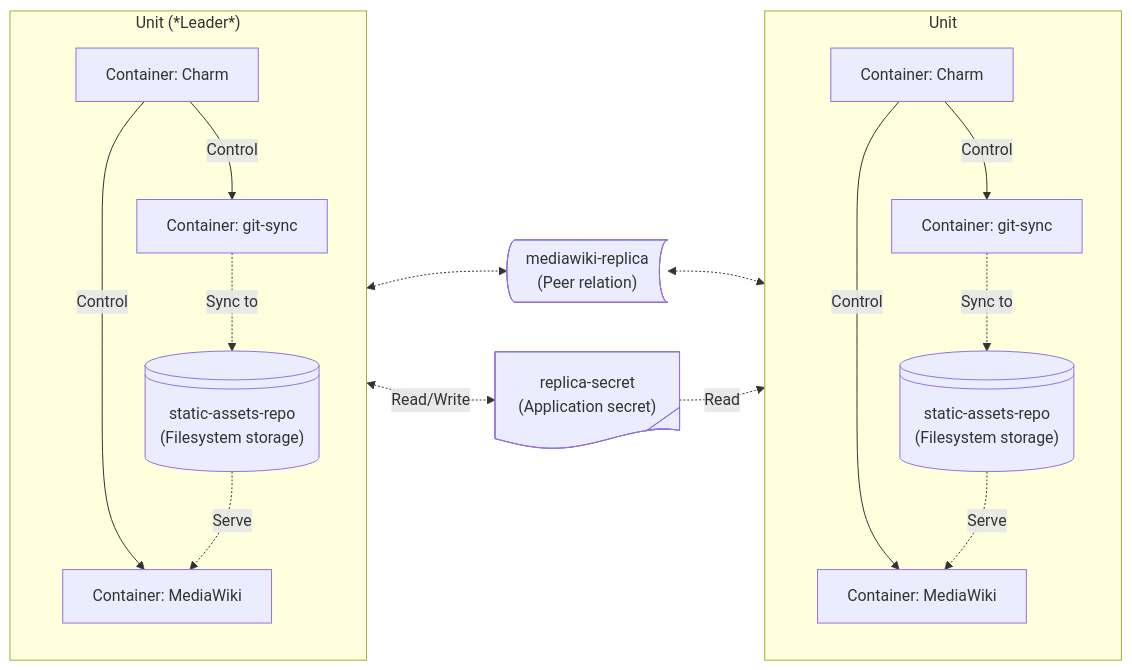
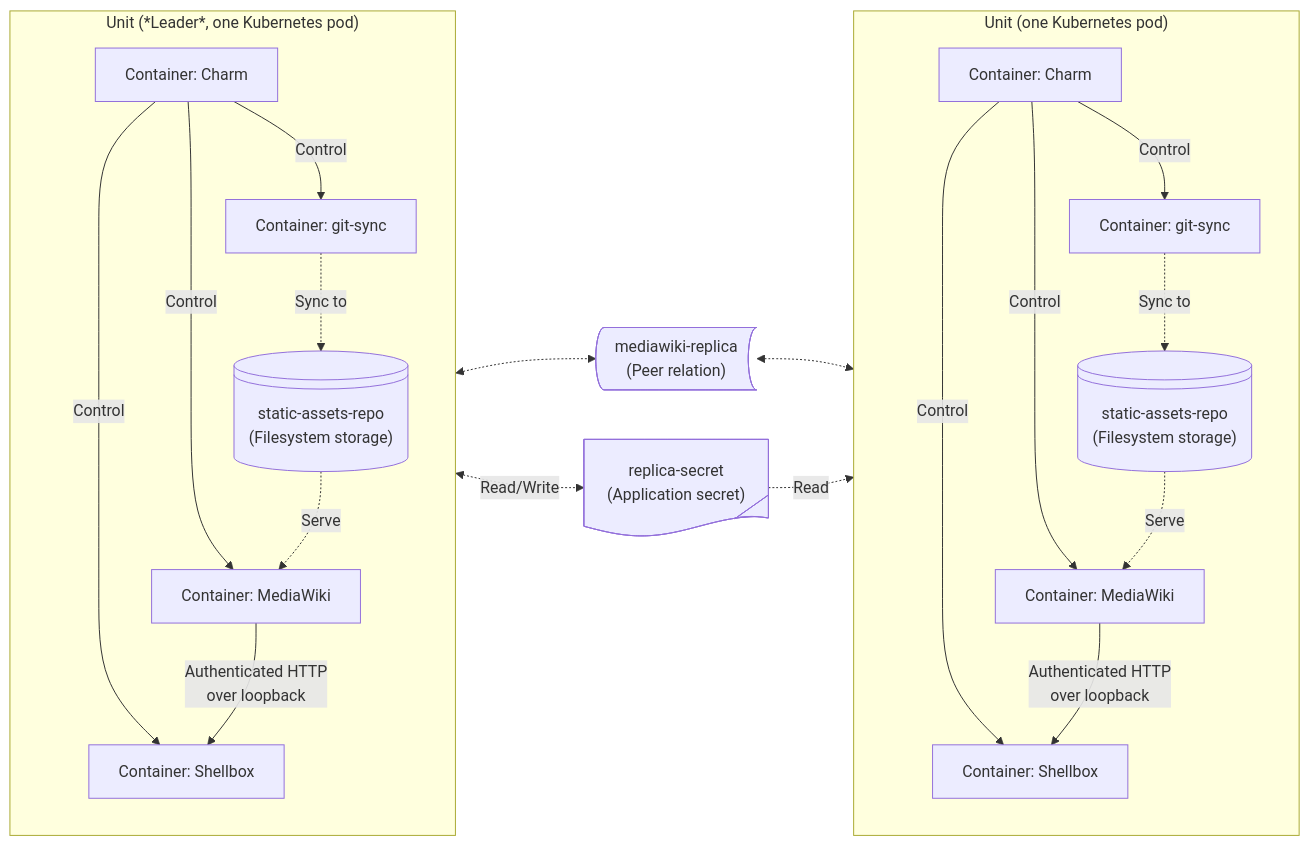
One commit to canonical/mediawiki-k8s-operator changed the first of 2 diagrams in docs/reference/charm-architecture.rst. Above: the diagram before and after it, drawn with Mermaid. The commit also changed other lines of this file and 3 other files, not shown here.

```diff
--- a/docs/reference/charm-architecture.rst
+++ b/docs/reference/charm-architecture.rst
@@ -12,40 +12,46 @@
 .. mermaid::
    :name: architecture-diagram
 
    flowchart LR
-      subgraph UnitLeader["Unit (*Leader*)"]
+      subgraph UnitLeader["Unit (*Leader*, one Kubernetes pod)"]
          direction TB
 
          CharmContainerL["Container: Charm"]
          MediaWikiContainerL["Container: MediaWiki"]
+         ShellboxContainerL["Container: Shellbox"]
          GitSyncContainerL["Container: git-sync"]
          AssetsL@{ shape: lin-cyl, label: "static-assets-repo<br/>(Filesystem storage)" }
 
          CharmContainerL -->|Control| MediaWikiContainerL
+         CharmContainerL -->|Control| ShellboxContainerL
          CharmContainerL -->|Control| GitSyncContainerL
+         MediaWikiContainerL -->|Authenticated HTTP<br/>over loopback| ShellboxContainerL
          GitSyncContainerL -.->|Sync to| AssetsL
          AssetsL -.->|Serve| MediaWikiContainerL
       end
 
       MediaWikiReplicaRelation@{ shape: bow-rect, label: "mediawiki-replica<br/>(Peer relation)" }
       ReplicaSecret@{ shape: tag-doc, label: "replica-secret<br/>(Application secret)" }
 
-      subgraph Unit["Unit"]
+      subgraph Unit["Unit (one Kubernetes pod)"]
          direction TB
 
          CharmContainer["Container: Charm"]
          MediaWikiContainer["Container: MediaWiki"]
+         ShellboxContainer["Container: Shellbox"]
          GitSyncContainer["Container: git-sync"]
          Assets@{ shape: lin-cyl, label: "static-assets-repo<br/>(Filesystem storage)" }
 
          CharmContainer -->|Control| MediaWikiContainer
+         CharmContainer -->|Control| ShellboxContainer
          CharmContainer -->|Control| GitSyncContainer
+         MediaWikiContainer -->|Authenticated HTTP<br/>over loopback| ShellboxContainer
          GitSyncContainer -.->|Sync to| Assets
          Assets -.->|Serve| MediaWikiContainer
       end
 
       UnitLeader <-.->MediaWikiReplicaRelation
       MediaWikiReplicaRelation <-.-> Unit
 
       UnitLeader <-.->|Read/Write| ReplicaSecret
       ReplicaSecret -.->|Read| Unit
```
